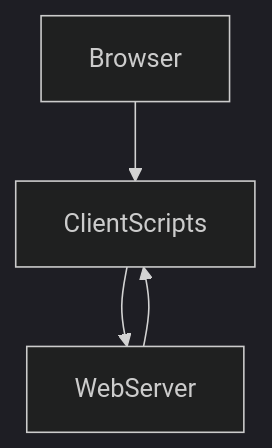
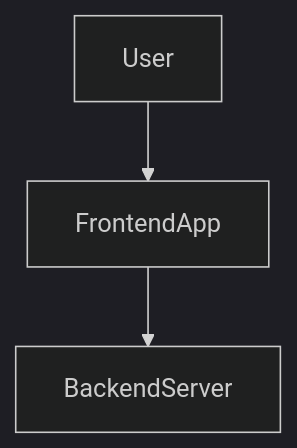
One commit to yogithasivakumar/FocusZen changed the first of 2 diagrams in README.md. Above: the diagram before and after it, drawn with Mermaid (dark theme). The commit also changed other lines of this file, not shown here.

````diff
--- a/README.md
+++ b/README.md
@@ -7,6 +11,5 @@
 ```mermaid
 flowchart TD
-    Browser --> ClientScripts
-    ClientScripts --> WebServer
-    WebServer --> ClientScripts
+    User --> FrontendApp
+    FrontendApp --> BackendServer
 ```
````
